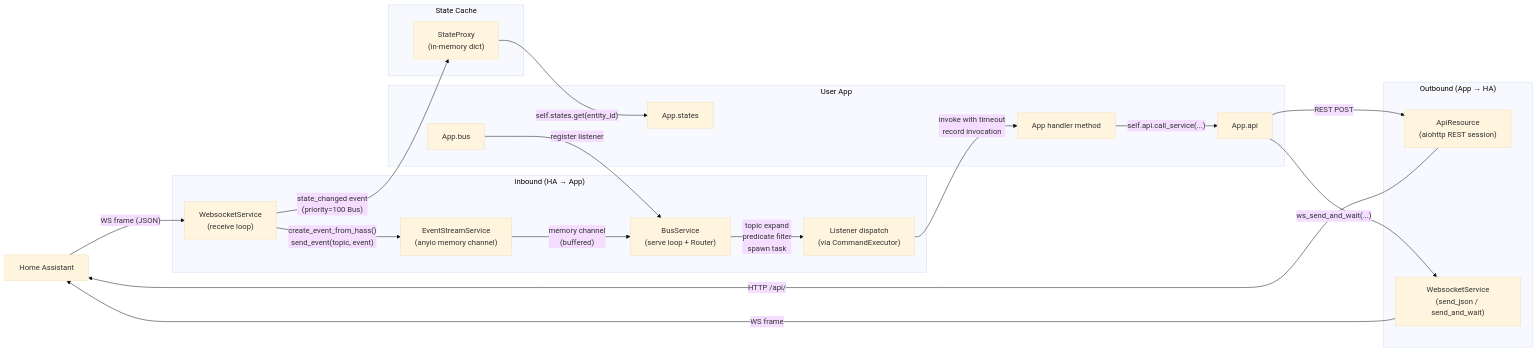
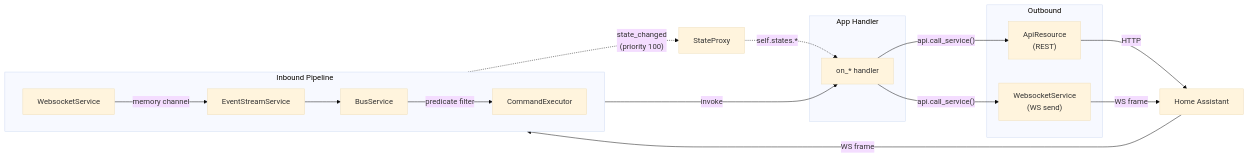
Before and after one commit to NodeJSmith/hassette: the third of 10 diagrams in docs/pages/core-concepts/internals.md, drawn with Mermaid (base theme). The commit also changed other lines of this file, not shown here.

First line of the commit message:
docs: rework all architecture diagrams for readability

````diff
--- a/docs/pages/core-concepts/internals.md
+++ b/docs/pages/core-concepts/internals.md
@@ -81,45 +128,36 @@
 ```mermaid
 flowchart LR
-    accTitle: Hassette Event and Data Flow
-    accDescr: How events travel from Home Assistant through the framework to app handlers and back
+    accTitle: Event and Data Flow
+    accDescr: Inbound event pipeline and outbound API calls
 
     HA["Home Assistant"]
 
-    subgraph inbound["Inbound (HA → App)"]
-        WS["WebsocketService\n(receive loop)"]
-        ESS["EventStreamService\n(anyio memory channel)"]
-        BS["BusService\n(serve loop + Router)"]
-        Listener["Listener dispatch\n(via CommandExecutor)"]
+    subgraph inbound["Inbound Pipeline"]
+        direction LR
+        WS["WebsocketService"]
+        ESS["EventStreamService"]
+        BS["BusService"]
+        CE["CommandExecutor"]
     end
 
-    subgraph cache["State Cache"]
-        SP["StateProxy\n(in-memory dict)"]
+    subgraph app["App Handler"]
+        Handler["on_* handler"]
     end
 
-    subgraph app["User App"]
-        AppBus["App.bus"]
-        Handler["App handler method"]
-        AppApi["App.api"]
-        AppStates["App.states"]
+    subgraph outbound["Outbound"]
+        AR["ApiResource<br/>(REST)"]
+        WSOut["WebsocketService<br/>(WS send)"]
     end
 
-    subgraph outbound["Outbound (App → HA)"]
-        AR["ApiResource\n(aiohttp REST session)"]
-        WSOut["WebsocketService\n(send_json / send_and_wait)"]
-    end
+    HA -- "WS frame" --> WS
+    WS -- "memory channel" --> ESS
+    ESS --> BS
+    BS -- "predicate filter" --> CE
+    CE -- "invoke" --> Handler
+    Handler -- "api.call_service()" --> AR & WSOut
+    AR -- "HTTP" --> HA
+    WSOut -- "WS frame" --> HA
 
-    HA -->|"WS frame (JSON)"| WS
-    WS -->|"create_event_from_hass()\nsend_event(topic, event)"| ESS
-    ESS -->|"memory channel\n(buffered)"| BS
-    BS -->|"topic expand\npredicate filter\nspawn task"| Listener
-    Listener -->|"invoke with timeout\nrecord invocation"| Handler
-
-    WS -->|"state_changed event\n(priority=100 Bus)"| SP
-    SP -->|"self.states.get(entity_id)"| AppStates
-    AppBus -->|"register listener"| BS
-    Handler -->|"self.api.call_service(...)"| AppApi
-    AppApi -->|"REST POST"| AR
-    AppApi -->|"ws_send_and_wait(...)"| WSOut
-    AR -->|"HTTP /api/"| HA
-    WSOut -->|"WS frame"| HA
+    WS -. "state_changed<br/>(priority 100)" .-> SP["StateProxy"]
+    SP -. "self.states.*" .-> Handler
 ```
````
